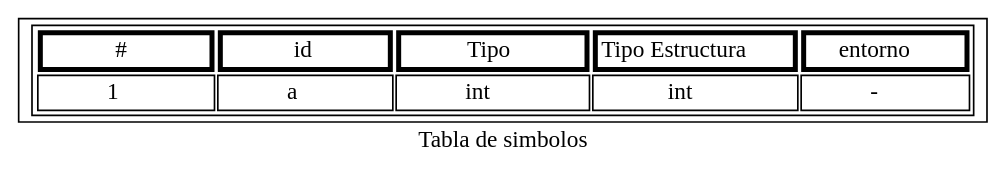
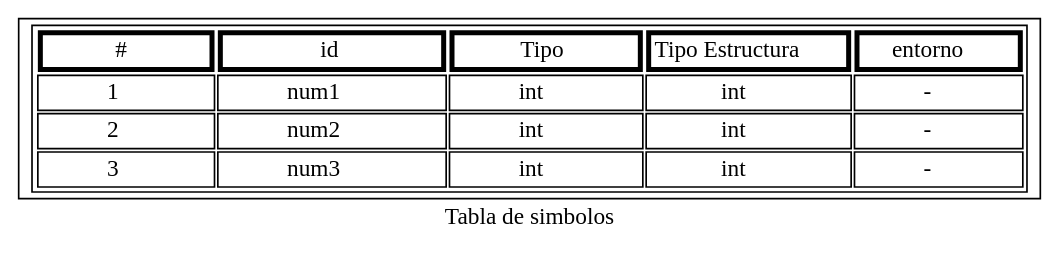
Before and after one commit to Diegomrza/OLC1-Proyecto2-201901429: the diagram in olc1-proyecto2-201901429/src/reportes/grafo.dot, drawn with Graphviz. The commit also changed 5 other files, not shown here.

```diff
--- a/olc1-proyecto2-201901429/src/reportes/grafo.dot
+++ b/olc1-proyecto2-201901429/src/reportes/grafo.dot
@@ -1,28 +1,60 @@
 digraph G {
         label="Tabla de simbolos"
         node[shape=box]
        a0 [label=<
        <TABLE border="1" >
         <TR>
         <TD border="3" >#</TD>
         <TD border="3">id</TD>
         <TD border="3">Tipo</TD>
         <TD border="3">Tipo Estructura</TD>
         <TD border="3">entorno</TD>
         </TR><TR>
         <TD>
             1
         </TD>
         <TD>
-            a
+            num1
+        </TD>
+        <TD>
+            int
+        </TD>
+        <TD>
+            int
+        </TD>
+        <TD>
+            -
+        </TD>
+    </TR><TR>
+        <TD>
+            2
+        </TD>
+        <TD>
+            num2
+        </TD>
+        <TD>
+            int
+        </TD>
+        <TD>
+            int
+        </TD>
+        <TD>
+            -
+        </TD>
+    </TR><TR>
+        <TD>
+            3
+        </TD>
+        <TD>
+            num3
         </TD>
         <TD>
             int
         </TD>
         <TD>
             int
         </TD>
         <TD>
             -
         </TD>
     </TR></TABLE>>]; }
```
